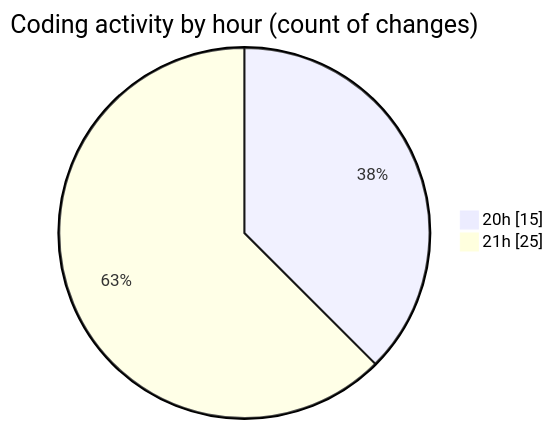
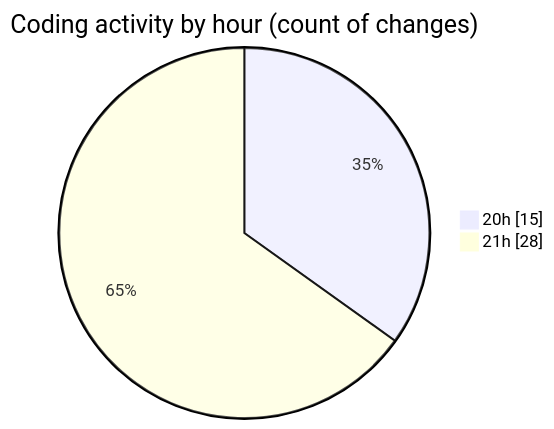
Before and after one commit to Netris89/code-tracking: the second of 2 diagrams in 2025-05-02/date/README.md, drawn with Mermaid. The commit also changed other lines of this file and 1 other file, not shown here.

````diff
--- a/2025-05-02/date/README.md
+++ b/2025-05-02/date/README.md
@@ -36,6 +36,6 @@
 ```mermaid
 pie showData
 title Coding activity by hour (count of changes)
 "20h" : 15
-"21h" : 25
+"21h" : 28
 ```
````
